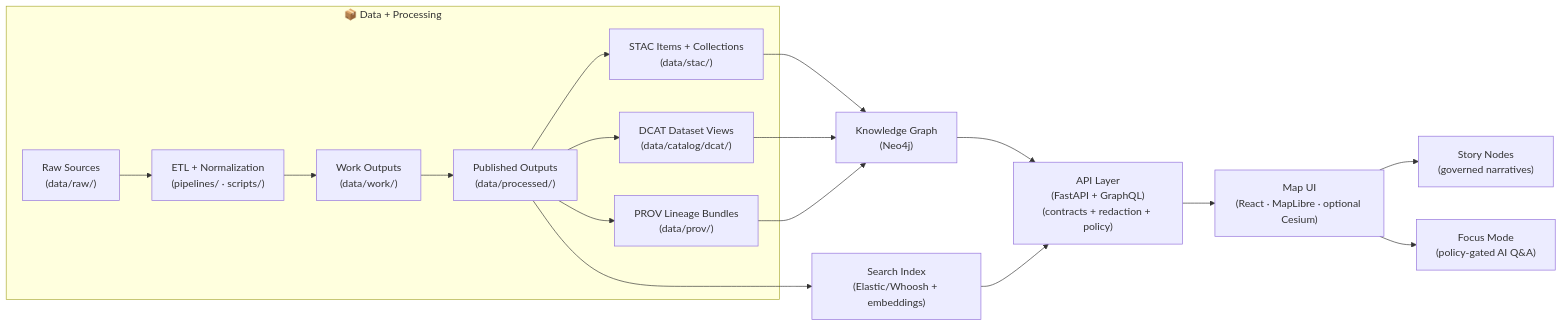
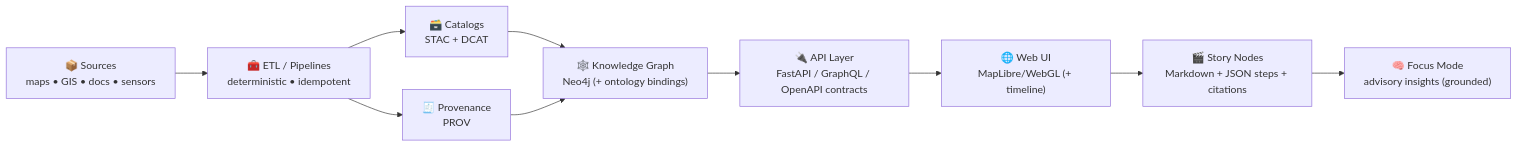
One commit to bartytime4life/Kansas-Frontier-Matrix changed the first of 4 diagrams in .github/README.md. Above: the diagram before and after it, drawn with Mermaid. The commit also changed other lines of this file, not shown here.

````diff
--- a/.github/README.md
+++ b/.github/README.md
@@ -130,23 +129,12 @@
 ```mermaid
 flowchart LR
-  subgraph Data["📦 Data + Processing"]
-    A["Raw Sources<br/>(data/raw/)"] --> B["ETL + Normalization<br/>(pipelines/ · scripts/)"]
-    B --> W["Work Outputs<br/>(data/work/)"]
-    W --> P["Published Outputs<br/>(data/processed/)"]
-    P --> C["STAC Items + Collections<br/>(data/stac/)"]
-    P --> D["DCAT Dataset Views<br/>(data/catalog/dcat/)"]
-    P --> E["PROV Lineage Bundles<br/>(data/prov/)"]
-  end
-
-  C --> G["Knowledge Graph<br/>(Neo4j)"]
-  D --> G
-  E --> G
-
-  P --> S["Search Index<br/>(Elastic/Whoosh + embeddings)"]
-
-  G --> H["API Layer<br/>(FastAPI + GraphQL)<br/>(contracts + redaction + policy)"]
-  S --> H
-  H --> I["Map UI<br/>(React · MapLibre · optional Cesium)"]
-  I --> J["Story Nodes<br/>(governed narratives)"]
-  I --> K["Focus Mode<br/>(policy-gated AI Q&A)"]
+  A["📦 Sources<br/>maps • GIS • docs • sensors"] --> B["🧰 ETL / Pipelines<br/>deterministic • idempotent"]
+  B --> C["🗃️ Catalogs<br/>STAC + DCAT"]
+  B --> D["🧾 Provenance<br/>PROV"]
+  C --> E["🕸️ Knowledge Graph<br/>Neo4j (+ ontology bindings)"]
+  D --> E
+  E --> F["🔌 API Layer<br/>FastAPI / GraphQL / OpenAPI contracts"]
+  F --> G["🌐 Web UI<br/>MapLibre/WebGL (+ timeline)"]
+  G --> H["🎬 Story Nodes<br/>Markdown + JSON steps + citations"]
+  H --> I["🧠 Focus Mode<br/>advisory insights (grounded)"]
 ```
````
